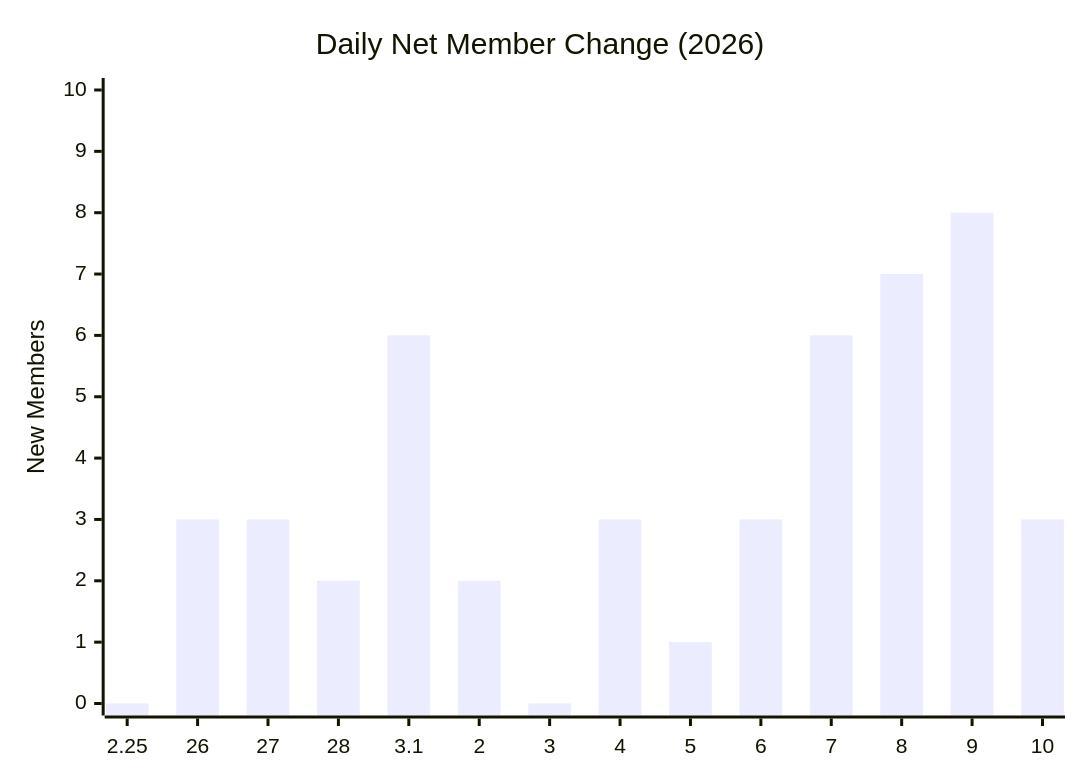
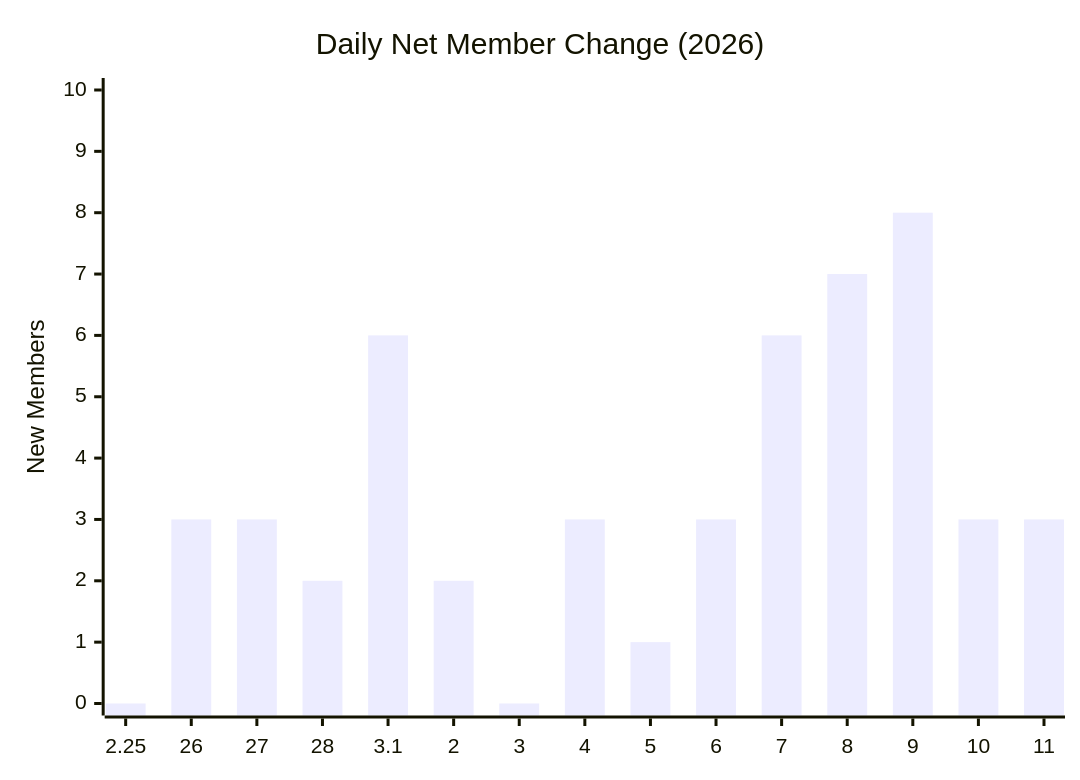
One commit to MattSherwood/March-web changed the third of 3 diagrams in exports/charts/daily-cumulative-member-tally-2026.md. Above: the diagram before and after it, drawn with Mermaid. The commit also changed other lines of this file and 4 other files, not shown here.

````diff
--- a/exports/charts/daily-cumulative-member-tally-2026.md
+++ b/exports/charts/daily-cumulative-member-tally-2026.md
@@ -25,7 +25,7 @@
 ```mermaid
 xychart-beta
     title "Daily Net Member Change (2026)"
-    x-axis ["2.25", "26", "27", "28", "3.1", "2", "3", "4", "5", "6", "7", "8", "9", "10"]
+    x-axis ["2.25", "26", "27", "28", "3.1", "2", "3", "4", "5", "6", "7", "8", "9", "10", "11"]
     y-axis "New Members" 0 --> 10
-    bar [0, 3, 3, 2, 6, 2, 0, 3, 1, 3, 6, 7, 8, 3]
+    bar [0, 3, 3, 2, 6, 2, 0, 3, 1, 3, 6, 7, 8, 3, 3]
 ```
````
